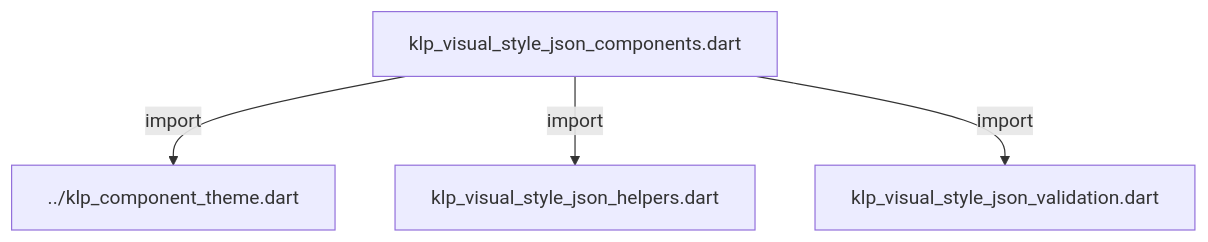
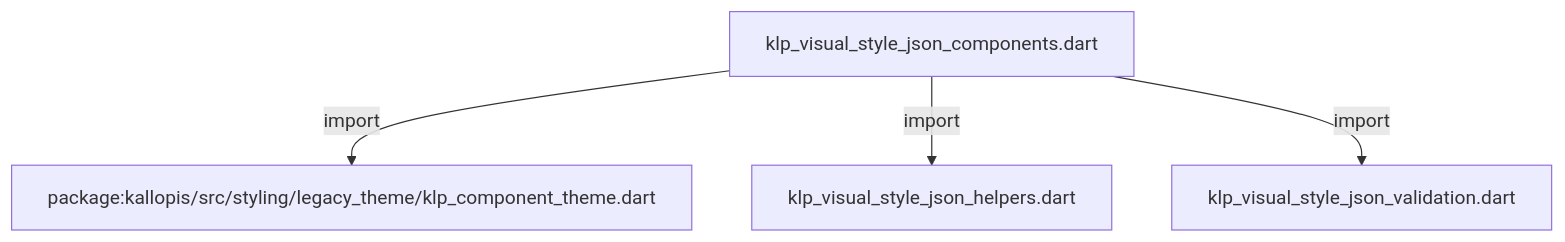
The diagram in docs/architecture/src/styling/legacy_theme/internal/klp_visual_style_json_components.md (MiuDog/Kallopis), drawn with Mermaid before and after one commit. The commit also changed other lines of this file and 9688 other files, not shown here.

Commit message:
Prepare isolated Flow F2 peer baseline

````diff
--- a/docs/architecture/src/styling/legacy_theme/internal/klp_visual_style_json_components.md
+++ b/docs/architecture/src/styling/legacy_theme/internal/klp_visual_style_json_components.md
@@ -11,10 +11,10 @@
 ```mermaid
 flowchart TD
 	n0["klp_visual_style_json_components.dart"]
-	n1["../klp_component_theme.dart"]
+	n1["package:kallopis/src/styling/legacy_theme/klp_component_theme.dart"]
 	n2["klp_visual_style_json_helpers.dart"]
 	n3["klp_visual_style_json_validation.dart"]
 	n0 -->|"import"| n1
 	n0 -->|"import"| n2
 	n0 -->|"import"| n3
 ```
````
